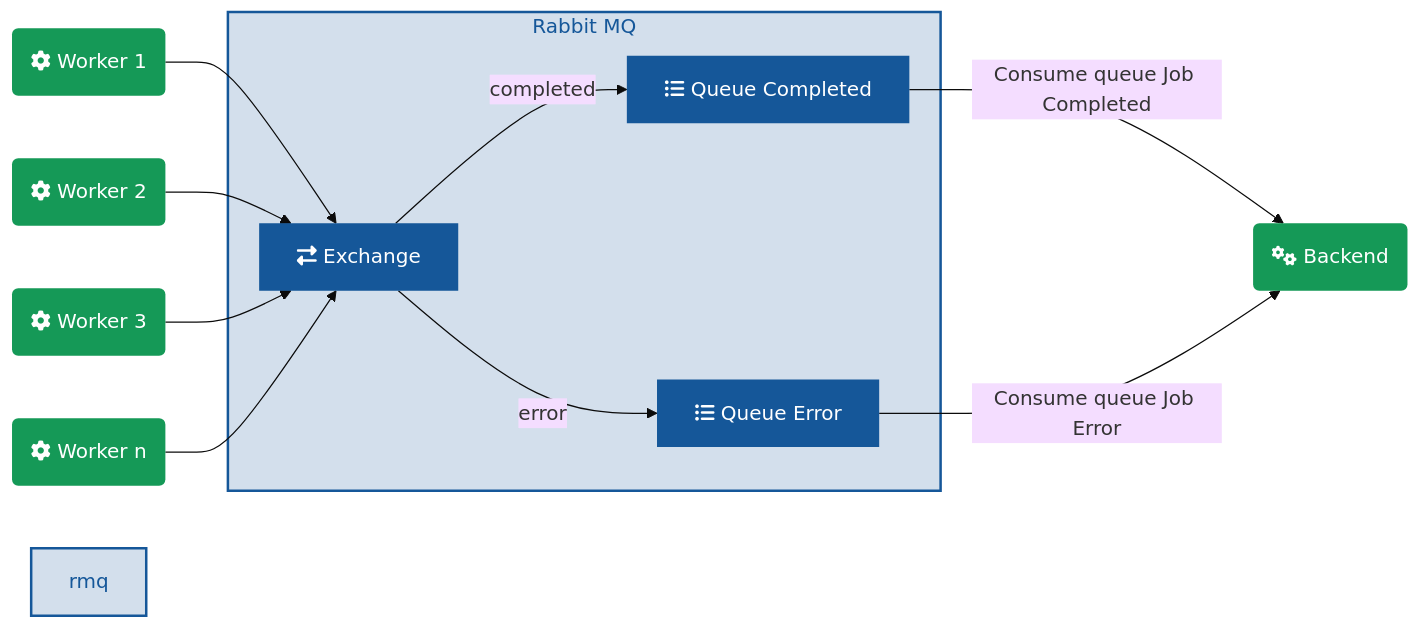
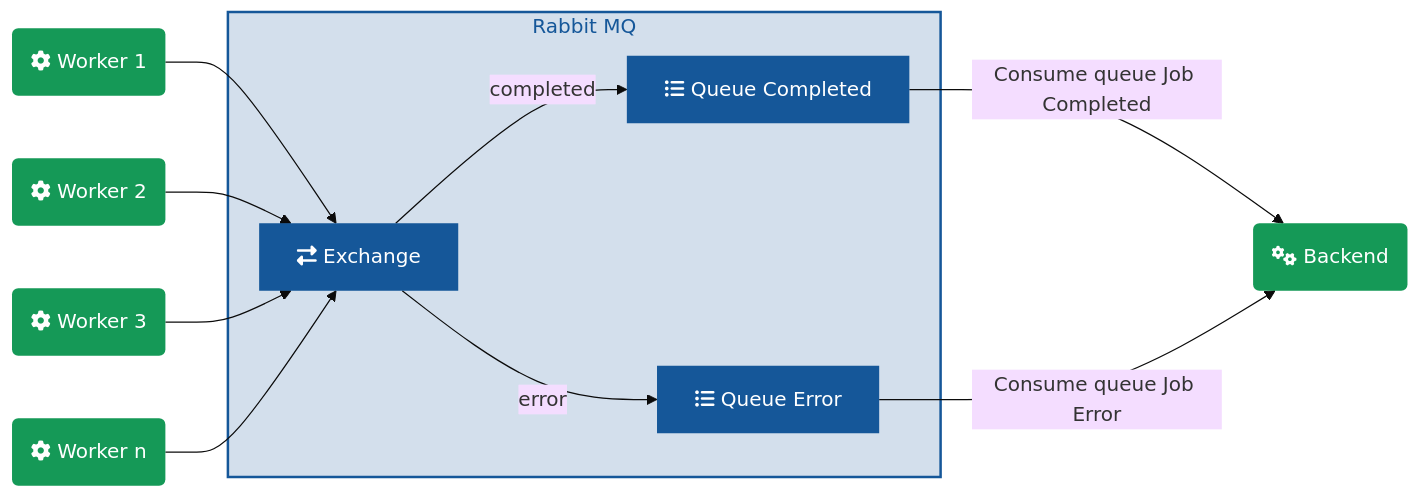
One commit to media-cloud-ai/media-cloud-ai.github.com changed the third of 3 diagrams in step_flow.md. Above: the diagram before and after it, drawn with Mermaid (base theme). The commit also changed other lines of this file, not shown here.

```diff
--- a/step_flow.md
+++ b/step_flow.md
@@ -63,37 +64,36 @@
 <div class="mermaid">
 graph LR
 
 w1(fa:fa-cog Worker 1) --> exchange_2[fa:fa-exchange-alt Exchange]
 w2(fa:fa-cog Worker 2) --> exchange_2
 w3(fa:fa-cog Worker 3) --> exchange_2
 wn(fa:fa-cog Worker n) --> exchange_2
 
-subgraph rmq2[Rabbit MQ]
+subgraph rmq[Rabbit MQ]
   exchange_2 --> |completed| q_completed[fa:fa-list-ul Queue Completed]
   exchange_2 --> |error| q_error[fa:fa-list-ul  Queue Error]
 end
 
 q_completed --> |Consume queue Job Completed|backend2(fa:fa-cogs Backend)
 q_error --> |Consume queue Job Error|backend2
 
 classDef blue fill:#155799,stroke: none,color: #fff;
 classDef green fill:#159957,stroke: none,color: #fff;
 
 class backend green
 class backend2 green
 class backend3 green
 class w1 green
 class w2 green
 class w3 green
 class wn green
 class q_worker_1 blue
 class q_worker_2 blue
 class q_worker_n blue
 class q_completed blue
 class q_error blue
 class exchange_1 blue
 class exchange_2 blue
 
 style rmq fill:#15579930,stroke:#155799,stroke-width:2px,color:#155799
-style rmq2 fill:#15579930,stroke:#155799,stroke-width:2px,color:#155799
 </div>
```
